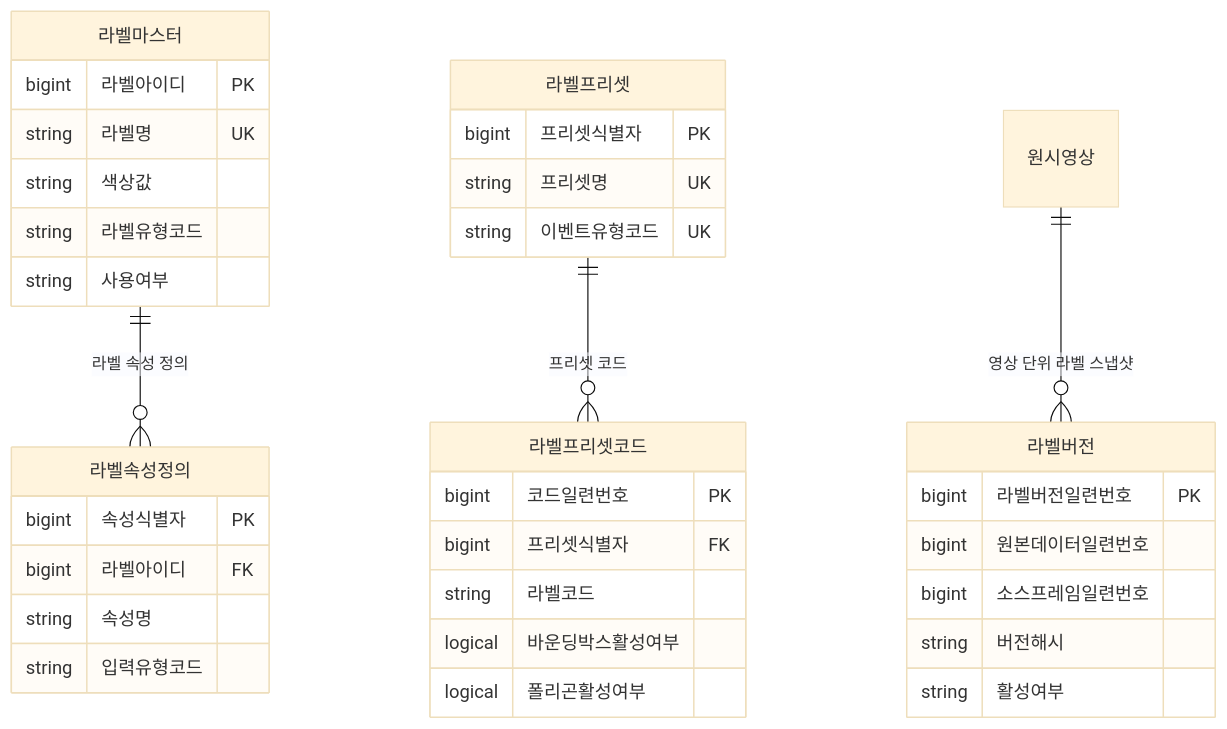
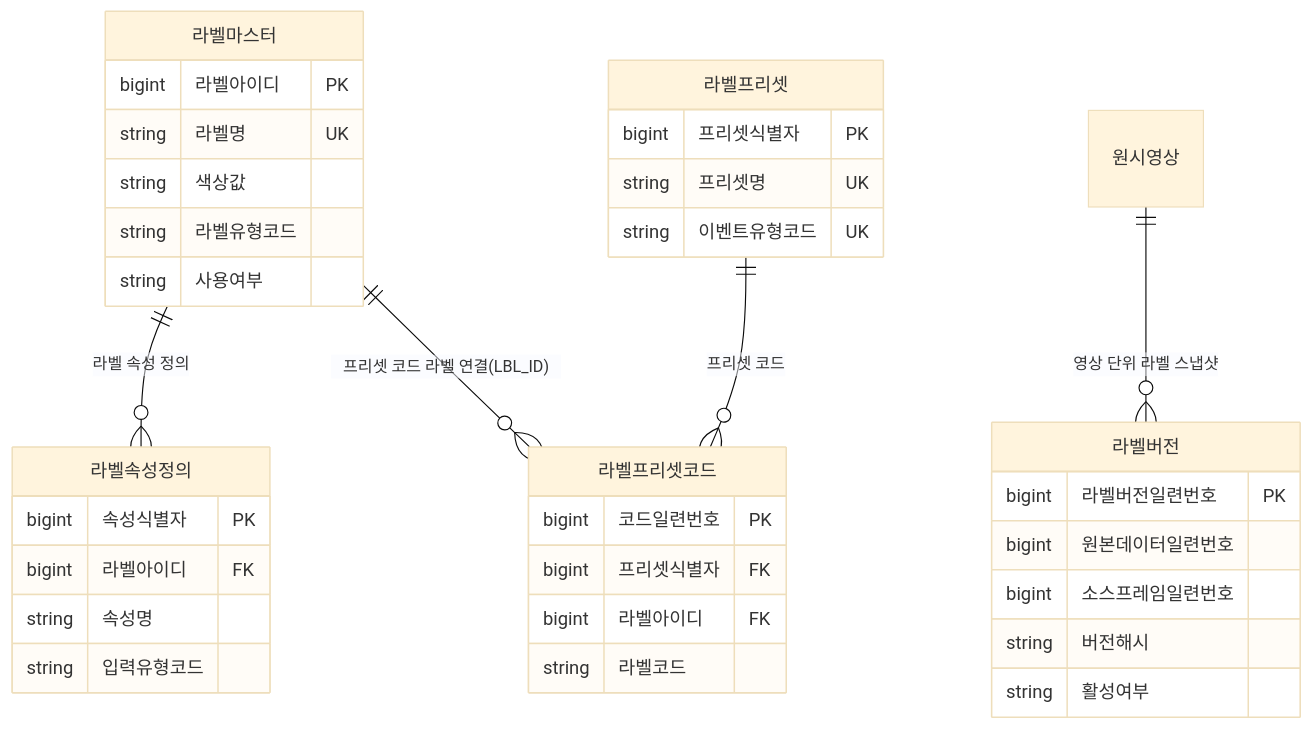
One commit to New-stella/klid-label changed the third of 14 diagrams in docs/design/D8-엔티티관계모형설계서-표준정합-20260711.md. Above: the diagram before and after it, drawn with Mermaid (base theme). The commit also changed other lines of this file and 51 other files, not shown here.

````diff
--- a/docs/design/D8-엔티티관계모형설계서-표준정합-20260711.md
+++ b/docs/design/D8-엔티티관계모형설계서-표준정합-20260711.md
@@ -163,43 +163,43 @@
 ```mermaid
 erDiagram
     라벨마스터 ||--o{ 라벨속성정의 : "라벨 속성 정의"
     라벨프리셋 ||--o{ 라벨프리셋코드 : "프리셋 코드"
+    라벨마스터 ||--o{ 라벨프리셋코드 : "프리셋 코드 라벨 연결(LBL_ID)"
     원시영상 ||--o{ 라벨버전 : "영상 단위 라벨 스냅샷"
     라벨마스터 {
         %% class: LsLabel (KLID-AT-DC-072)
         bigint 라벨아이디 PK
         string 라벨명 UK
         string 색상값
         string 라벨유형코드
         string 사용여부
     }
     라벨속성정의 {
         %% class: - ※ (D1 미정의 · 라벨마스터 집합 내부 부속 엔티티)
         bigint 속성식별자 PK
         bigint 라벨아이디 FK
         string 속성명
         string 입력유형코드
     }
     라벨프리셋 {
         %% class: - ※ (D1 미정의 · 라벨마스터 집합 내부 부속 엔티티)
         bigint 프리셋식별자 PK
         string 프리셋명 UK
         string 이벤트유형코드 UK
     }
     라벨프리셋코드 {
         %% class: - ※ (D1 미정의 · 라벨프리셋 집합 내부 부속 엔티티)
         bigint 코드일련번호 PK
         bigint 프리셋식별자 FK
+        bigint 라벨아이디 FK
         string 라벨코드
-        logical 바운딩박스활성여부
-        logical 폴리곤활성여부
     }
     라벨버전 {
         %% class: LsLabelVersion (KLID-AT-DC-092)
         bigint 라벨버전일련번호 PK
         bigint 원본데이터일련번호
         bigint 소스프레임일련번호
         string 버전해시
         string 활성여부
     }
 ```
````
